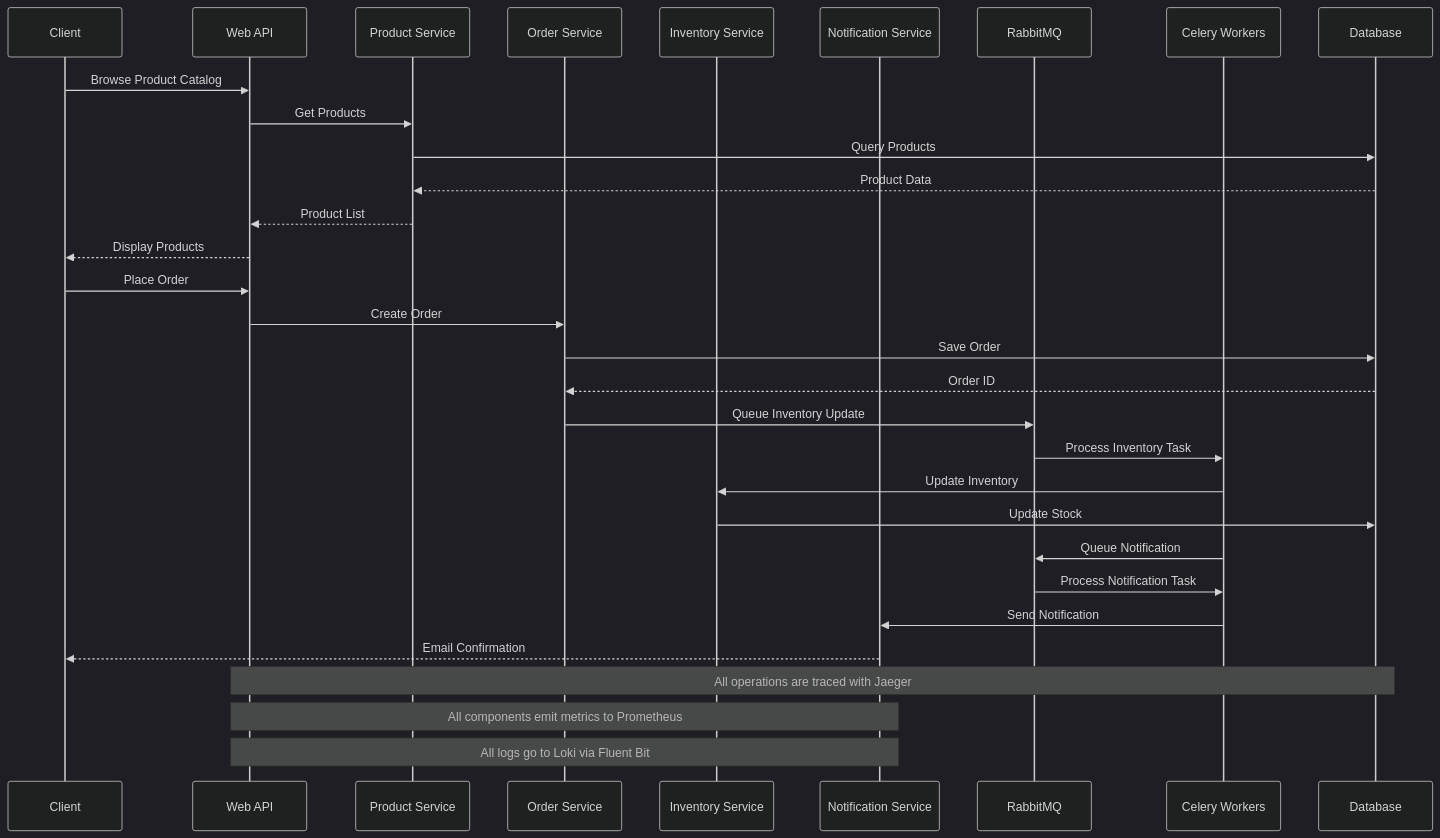
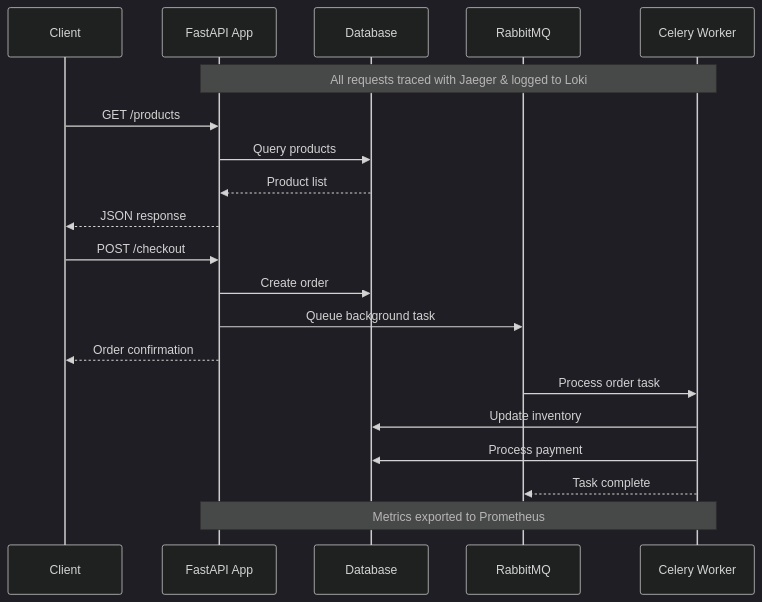
The second of 2 diagrams in README.md (priyakrishn/kodekloud-records-store-web-app), drawn with Mermaid (dark theme) before and after one commit. The commit also changed other lines of this file and 19 other files, not shown here.

````diff
--- a/README.md
+++ b/README.md
@@ -141,36 +77,27 @@
 ```mermaid
 sequenceDiagram
     participant C as Client
-    participant A as Web API
-    participant PS as Product Service
-    participant OS as Order Service
-    participant IS as Inventory Service
-    participant NS as Notification Service
-    participant MQ as RabbitMQ
-    participant CW as Celery Workers
-    participant DB as Database
+    participant A as FastAPI App
+    participant D as Database
+    participant M as RabbitMQ
+    participant W as Celery Worker
     
-    C->>A: Browse Product Catalog
-    A->>PS: Get Products
-    PS->>DB: Query Products
-    DB-->>PS: Product Data
-    PS-->>A: Product List
-    A-->>C: Display Products
+    Note over A,W: All requests traced with Jaeger & logged to Loki
     
-    C->>A: Place Order
-    A->>OS: Create Order
-    OS->>DB: Save Order
-    DB-->>OS: Order ID
-    OS->>MQ: Queue Inventory Update
-    MQ->>CW: Process Inventory Task
-    CW->>IS: Update Inventory
-    IS->>DB: Update Stock
-    CW->>MQ: Queue Notification
-    MQ->>CW: Process Notification Task
-    CW->>NS: Send Notification
-    NS-->>C: Email Confirmation
+    C->>A: GET /products
+    A->>D: Query products
+    D-->>A: Product list
+    A-->>C: JSON response
     
-    Note over A,DB: All operations are traced with Jaeger
-    Note over A,NS: All components emit metrics to Prometheus
-    Note over A,NS: All logs go to Loki via Fluent Bit
+    C->>A: POST /checkout
+    A->>D: Create order
+    A->>M: Queue background task
+    A-->>C: Order confirmation
+    
+    M->>W: Process order task
+    W->>D: Update inventory
+    W->>D: Process payment
+    W-->>M: Task complete
+    
+    Note over A,W: Metrics exported to Prometheus
 ```
````
